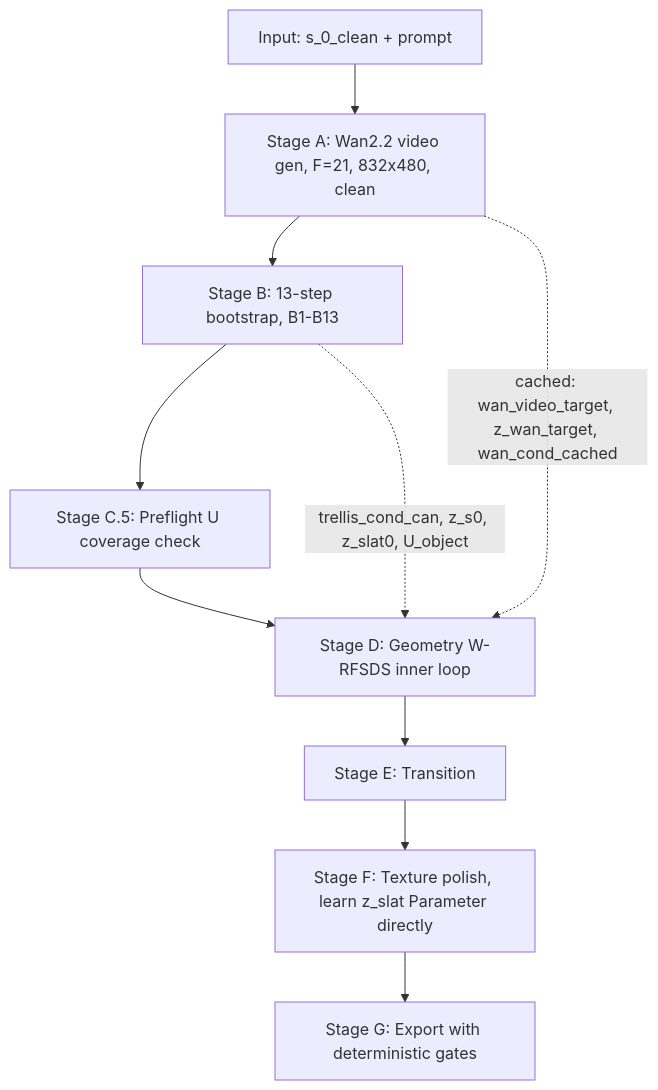
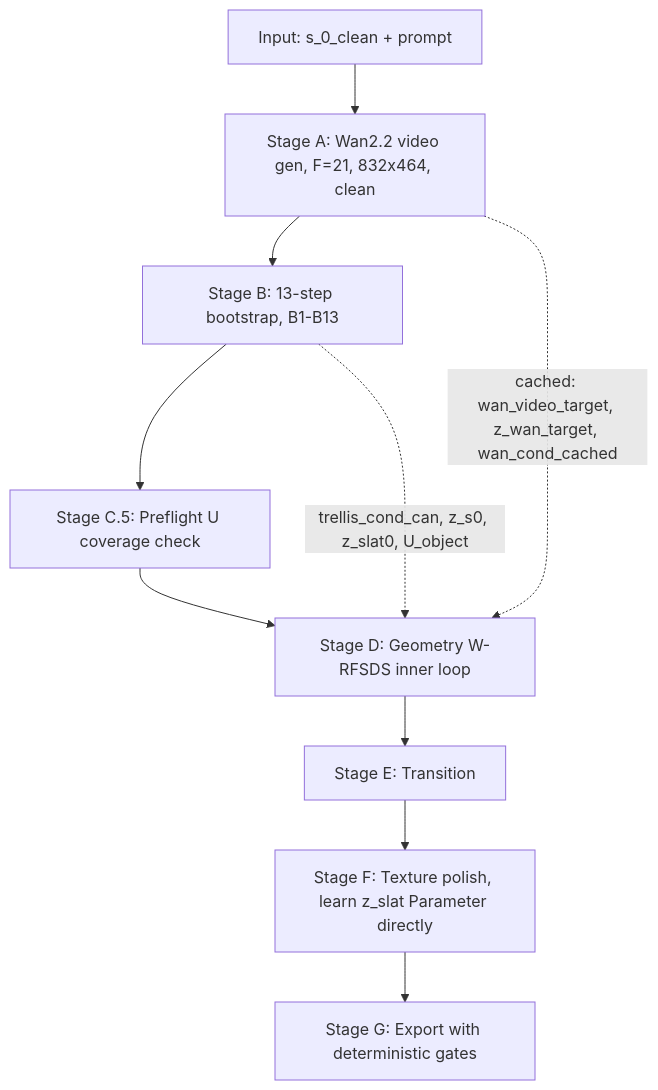
Before and after one commit to chengu-123/research: the diagram in record/pipeline.md, drawn with Mermaid. The commit also changed other lines of this file and 25 other files, not shown here.

````diff
--- a/record/pipeline.md
+++ b/record/pipeline.md
@@ -76,13 +76,13 @@
 ```mermaid
 flowchart TD
-    A[Input: s_0_clean + prompt] --> B[Stage A: Wan2.2 video gen, F=21, 832x480, clean]
+    A[Input: s_0_clean + prompt] --> B[Stage A: Wan2.2 video gen, F=21, 832x464, clean]
     B --> C[Stage B: 13-step bootstrap, B1-B13]
     C --> D[Stage C.5: Preflight U coverage check]
     D --> E[Stage D: Geometry W-RFSDS inner loop]
     E --> F[Stage E: Transition]
     F --> G[Stage F: Texture polish, learn z_slat Parameter directly]
     G --> H[Stage G: Export with deterministic gates]
     
     B -.cached: wan_video_target, z_wan_target, wan_cond_cached.-> E
     C -.trellis_cond_can, z_s0, z_slat0, U_object.-> E
 ```
````
